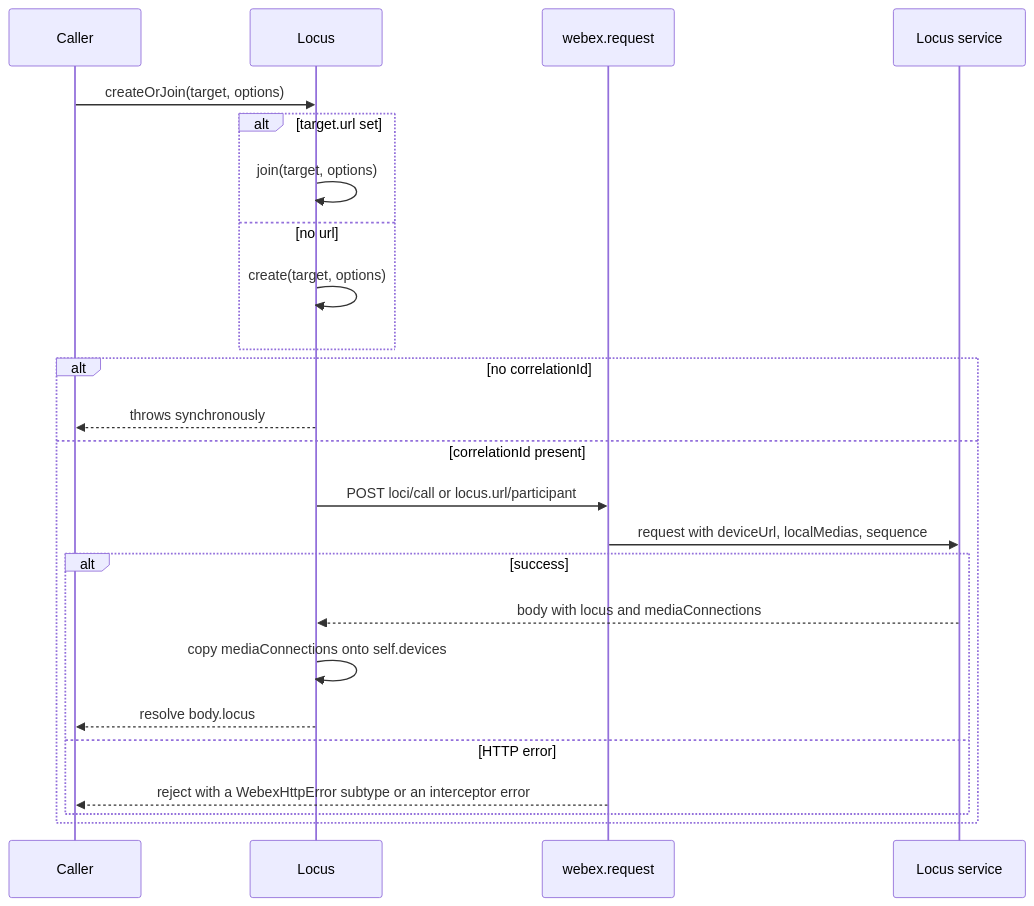
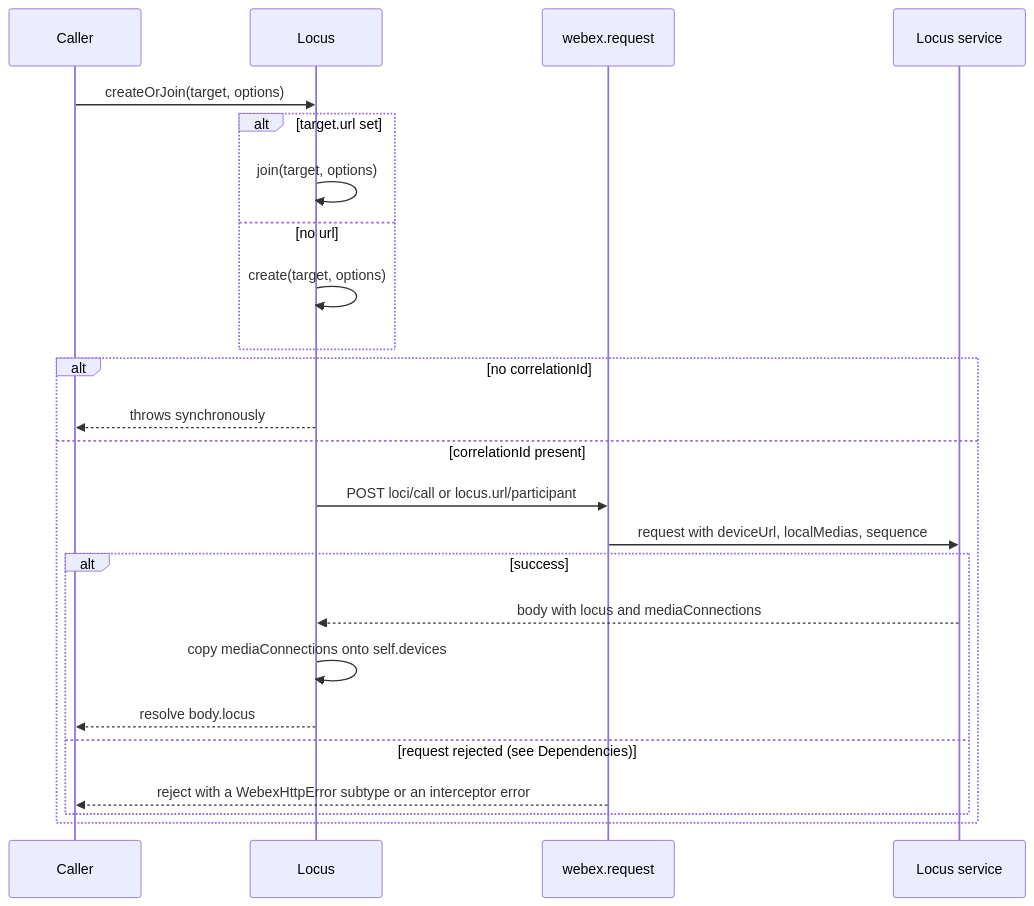
One commit to webex/webex-js-sdk changed the first of 5 diagrams in packages/@webex/internal-plugin-locus/src/docs/README.md. Above: the diagram before and after it, drawn with Mermaid. The commit also changed other lines of this file and 1 other file, not shown here.

````diff
--- a/packages/@webex/internal-plugin-locus/src/docs/README.md
+++ b/packages/@webex/internal-plugin-locus/src/docs/README.md
@@ -203,26 +204,26 @@
 ```mermaid
 sequenceDiagram
   participant Caller
   participant Locus
   participant Request as webex.request
   participant Service as Locus service
   Caller->>Locus: createOrJoin(target, options)
   alt target.url set
     Locus->>Locus: join(target, options)
   else no url
     Locus->>Locus: create(target, options)
   end
   alt no correlationId
     Locus-->>Caller: throws synchronously
   else correlationId present
     Locus->>Request: POST loci/call or locus.url/participant
     Request->>Service: request with deviceUrl, localMedias, sequence
     alt success
       Service-->>Locus: body with locus and mediaConnections
       Locus->>Locus: copy mediaConnections onto self.devices
       Locus-->>Caller: resolve body.locus
-    else HTTP error
+    else request rejected (see Dependencies)
       Request-->>Caller: reject with a WebexHttpError subtype or an interceptor error
     end
   end
 ```
````
